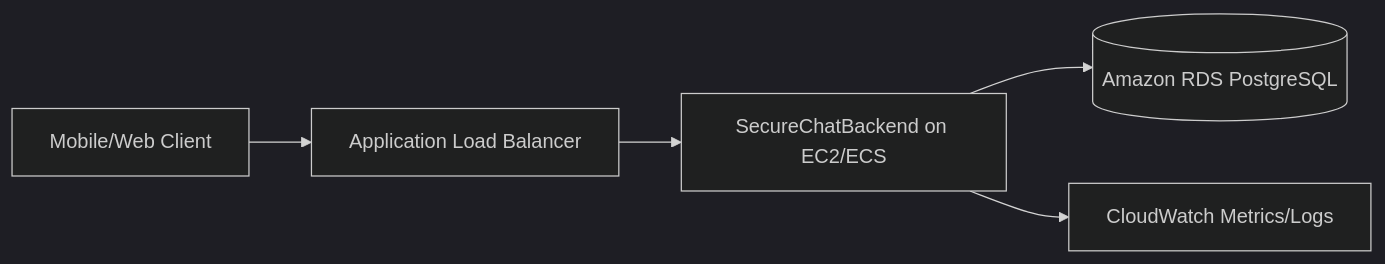
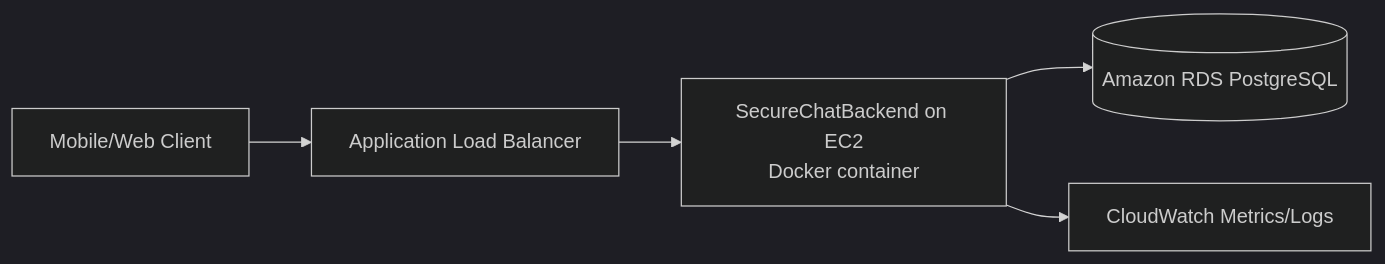
One commit to karth1kkk/securechat changed the first of 3 diagrams in docs/task2/TASK2_ARCHITECTURE_BLUEPRINTS.md. Above: the diagram before and after it, drawn with Mermaid (dark theme). The commit also changed other lines of this file and 2 other files, not shown here.

First line of the commit message:
Update architecture blueprints for Task #2

````diff
--- a/docs/task2/TASK2_ARCHITECTURE_BLUEPRINTS.md
+++ b/docs/task2/TASK2_ARCHITECTURE_BLUEPRINTS.md
@@ -7,7 +7,7 @@
 ```mermaid
 flowchart LR
   U[Mobile/Web Client] --> ALB[Application Load Balancer]
-  ALB --> API[SecureChatBackend on EC2/ECS]
+  ALB --> API[SecureChatBackend on EC2<br/>Docker container]
   API --> DB[(Amazon RDS PostgreSQL)]
   API --> CW[CloudWatch Metrics/Logs]
 ```
````
